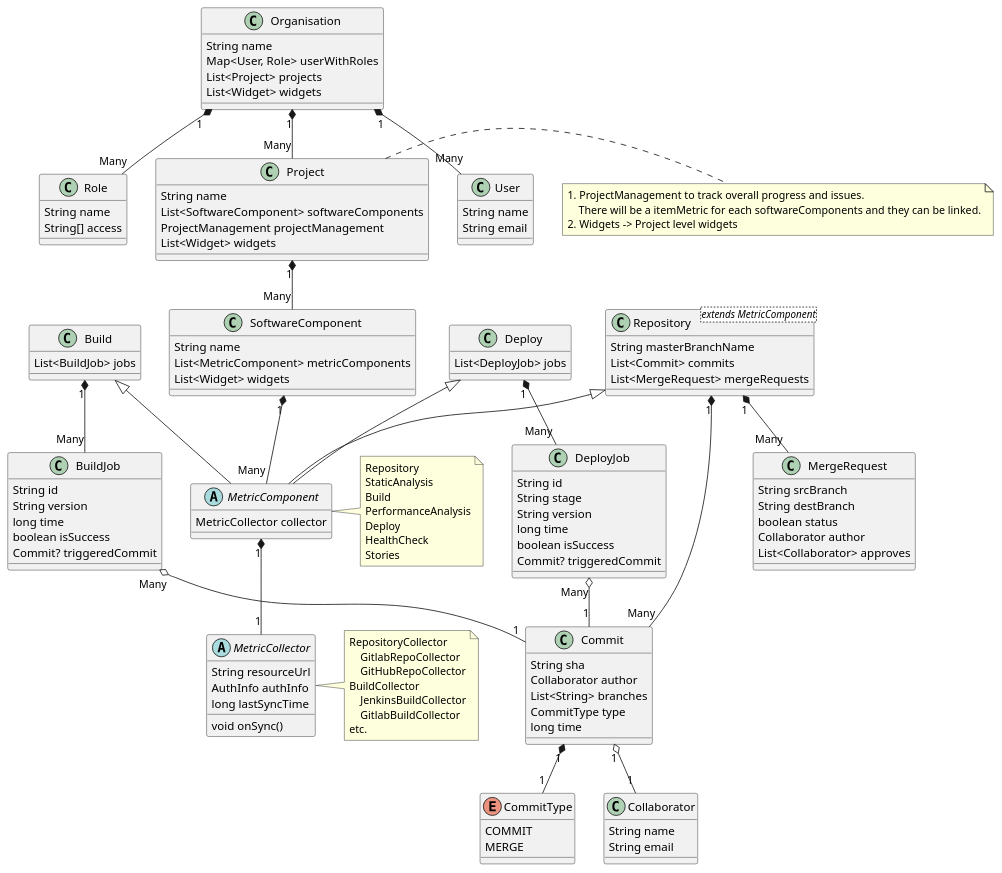
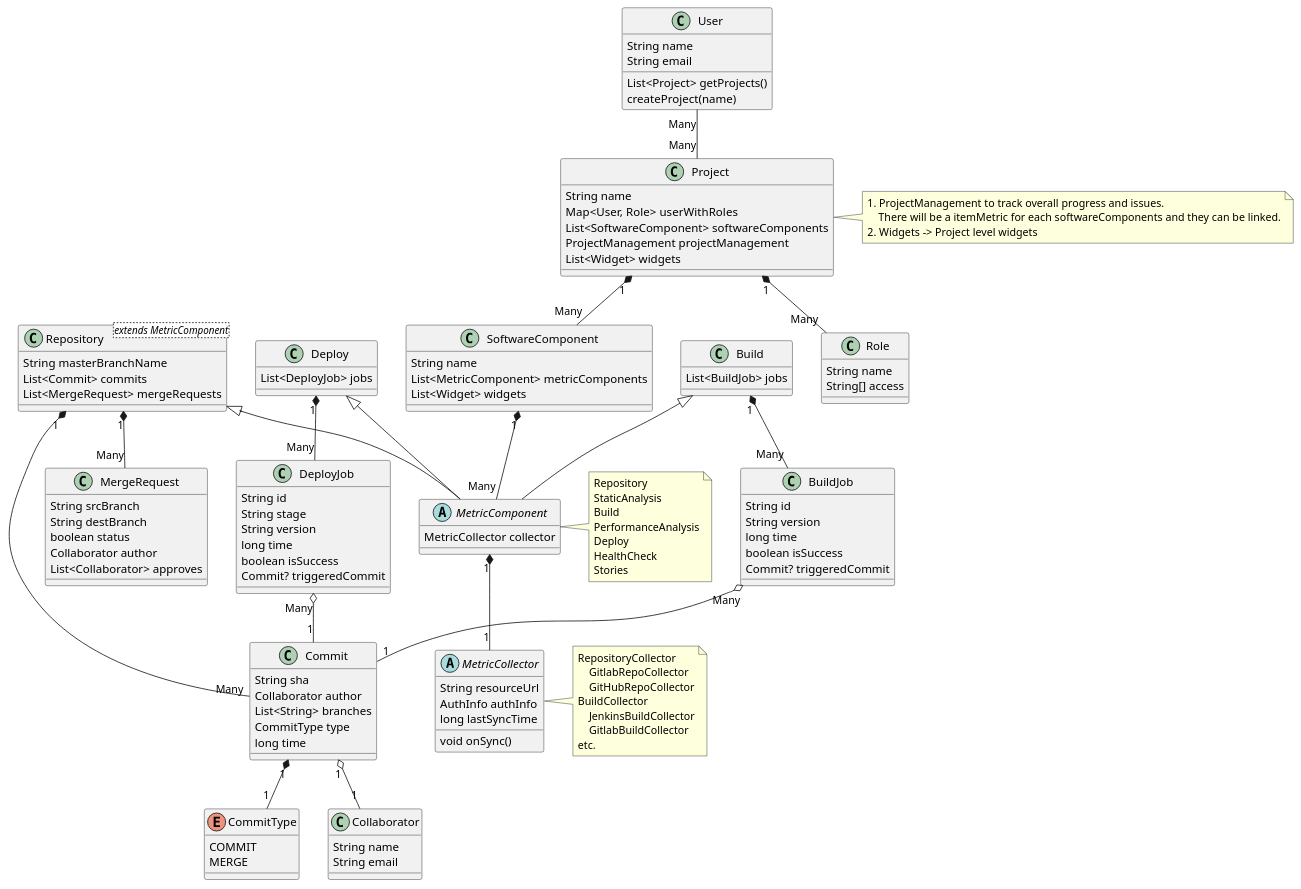
Before and after one commit to Hemdaal/Hemdaal: the diagram in class_diagram.puml, drawn with PlantUML. The commit also changed 22 other files, not shown here.

Commit message:
Removed organisations and users can only create projects. API Working.

```diff
--- a/class_diagram.puml
+++ b/class_diagram.puml
@@ -1,159 +1,154 @@
 @startuml
 
 class User {
     String name
     String email
-}
 
-class Organisation {
-    String name
-    Map<User, Role> userWithRoles
-    List<Project> projects
-    List<Widget> widgets
+    List<Project> getProjects()
+    createProject(name)
 }
 
 class Role {
     String name
     String[] access
 }
 
-Organisation "1" *-- "Many" Role
-Organisation "1" *-- "Many" User
-
 class Project {
     String name
+    Map<User, Role> userWithRoles
     List<SoftwareComponent> softwareComponents
     ProjectManagement projectManagement
     List<Widget> widgets
 }
 
-Organisation "1" *-- "Many" Project
+Project "1" *-- "Many" Role
+User "Many" -- "Many" Project
 
 note right of Project
     1. ProjectManagement to track overall progress and issues.
         There will be a itemMetric for each softwareComponents and they can be linked.
     2. Widgets -> Project level widgets
 end note
 
 class SoftwareComponent {
     String name
     List<MetricComponent> metricComponents
     List<Widget> widgets
 }
 
 Project "1" *-- "Many" SoftwareComponent
 
 abstract class MetricComponent {
     MetricCollector collector
 }
 
 SoftwareComponent "1" *-- "Many" MetricComponent
 
 abstract class MetricCollector {
     String resourceUrl
     AuthInfo authInfo
     long lastSyncTime
 
     void onSync()
 }
 
 note right of MetricCollector
     RepositoryCollector
         GitlabRepoCollector
         GitHubRepoCollector
     BuildCollector
         JenkinsBuildCollector
         GitlabBuildCollector
     etc.
 end note
 
 MetricComponent "1" *-- "1" MetricCollector
 
 note right of MetricComponent
     Repository
     StaticAnalysis
     Build
     PerformanceAnalysis
     Deploy
     HealthCheck
     Stories
 end note
 
 class Repository<extends MetricComponent> {
     String masterBranchName
     List<Commit> commits
     List<MergeRequest> mergeRequests
 }
 
 Repository <|-- MetricComponent
 
 class Commit {
     String sha
     Collaborator author
     List<String> branches
     CommitType type
     long time
 }
 
 Repository "1" *-- "Many" Commit
 
 enum CommitType {
     COMMIT
     MERGE
 }
 
 Commit "1" *-- "1" CommitType
 
 class Collaborator {
     String name
     String email
 }
 
 Commit "1" o-- "1" Collaborator
 
 class MergeRequest {
     String srcBranch
     String destBranch
     boolean status
     Collaborator author
     List<Collaborator> approves
 }
 
 Repository "1" *-- "Many" MergeRequest
 
 class Build {
     List<BuildJob> jobs
 }
 
 Build <|-- MetricComponent
 
 class BuildJob {
     String id
     String version
     long time
     boolean isSuccess
     Commit? triggeredCommit
 }
 
 Build "1" *-- "Many" BuildJob
 BuildJob "Many" o-- "1" Commit
 
 class Deploy {
     List<DeployJob> jobs
 }
 
 Deploy <|-- MetricComponent
 
 class DeployJob {
     String id
     String stage
     String version
     long time
     boolean isSuccess
     Commit? triggeredCommit
 }
 
 Deploy "1" *-- "Many" DeployJob
 DeployJob "Many" o-- "1" Commit
 
 @enduml
```
